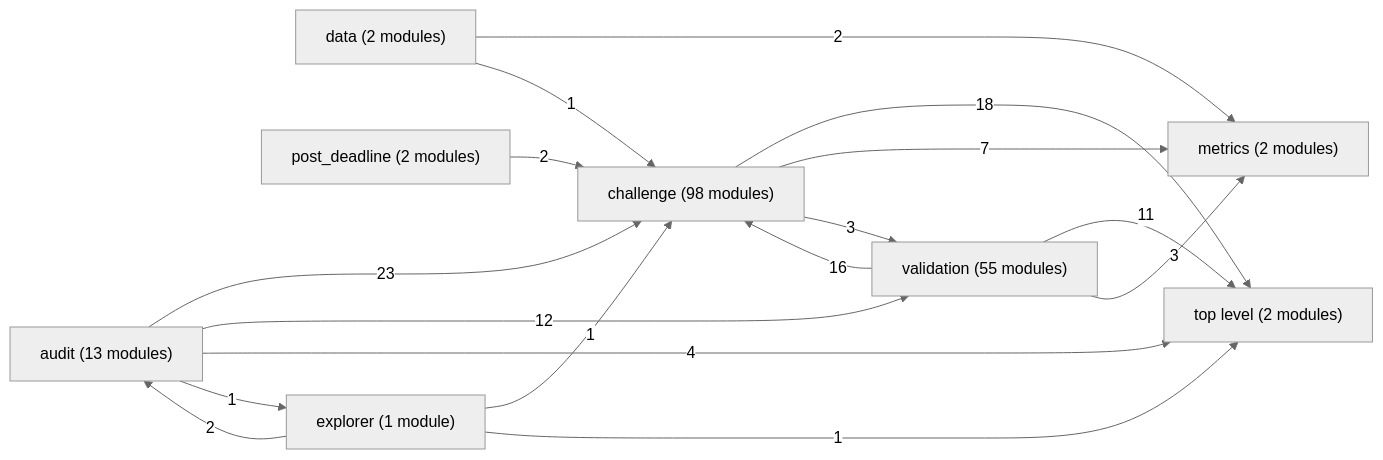
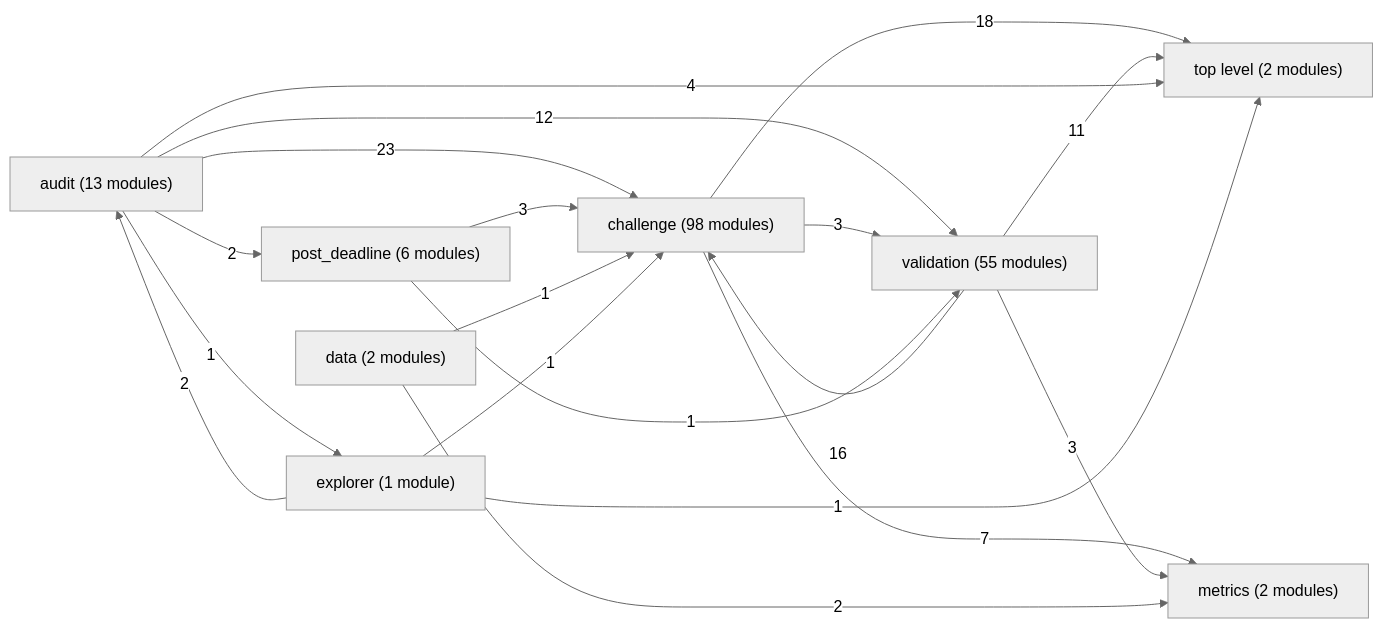
One commit to mohamedtalaat-gif/CYPMode changed the diagram in docs/map/code.md. Above: the diagram before and after it, drawn with Mermaid (neutral theme). The commit also changed other lines of this file and 40 other files, not shown here.

````diff
--- a/docs/map/code.md
+++ b/docs/map/code.md
@@ -5,27 +5,29 @@
 ```mermaid
 flowchart LR
   challenge["challenge (98 modules)"]
   validation["validation (55 modules)"]
   audit["audit (13 modules)"]
+  post_deadline["post_deadline (6 modules)"]
   data["data (2 modules)"]
   metrics["metrics (2 modules)"]
-  post_deadline["post_deadline (2 modules)"]
   top_level["top level (2 modules)"]
   explorer["explorer (1 module)"]
   audit -->|23| challenge
   challenge -->|18| top_level
   validation -->|16| challenge
   audit -->|12| validation
   validation -->|11| top_level
   challenge -->|7| metrics
   audit -->|4| top_level
   challenge -->|3| validation
+  post_deadline -->|3| challenge
   validation -->|3| metrics
+  audit -->|2| post_deadline
   data -->|2| metrics
   explorer -->|2| audit
-  post_deadline -->|2| challenge
   audit -->|1| explorer
   data -->|1| challenge
   explorer -->|1| challenge
   explorer -->|1| top_level
+  post_deadline -->|1| validation
 ```
````
